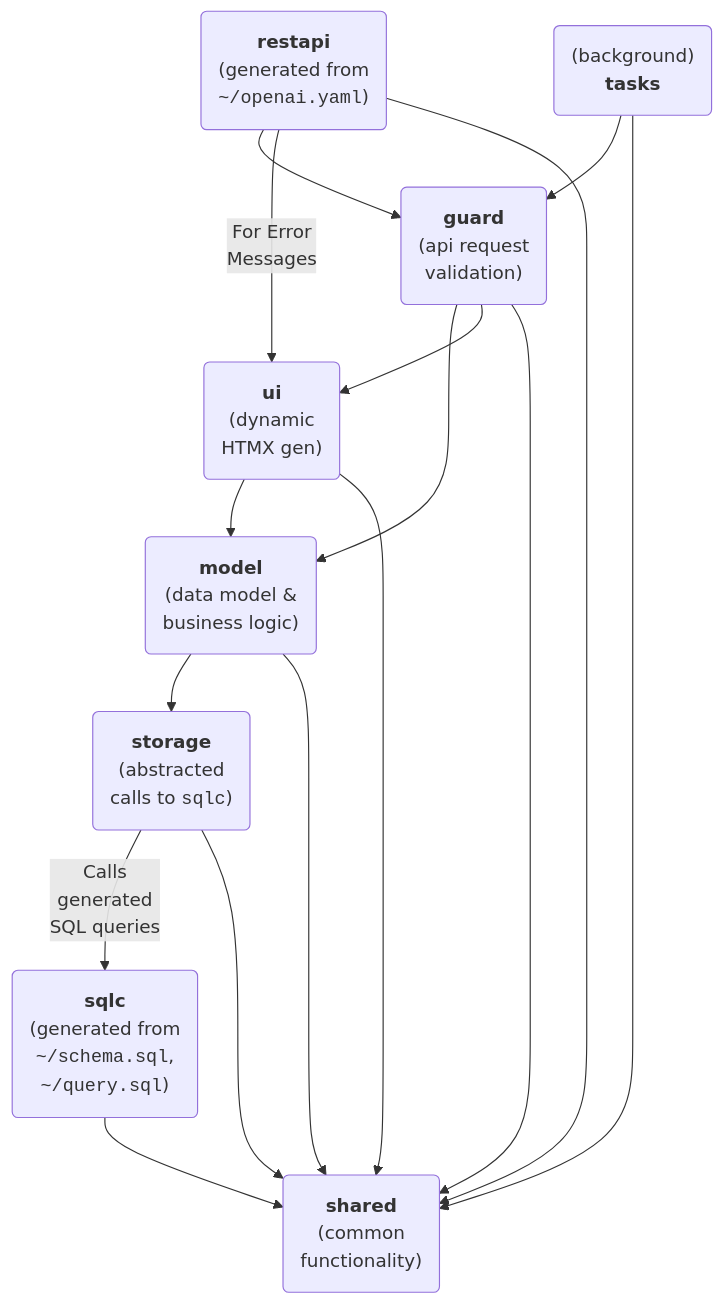
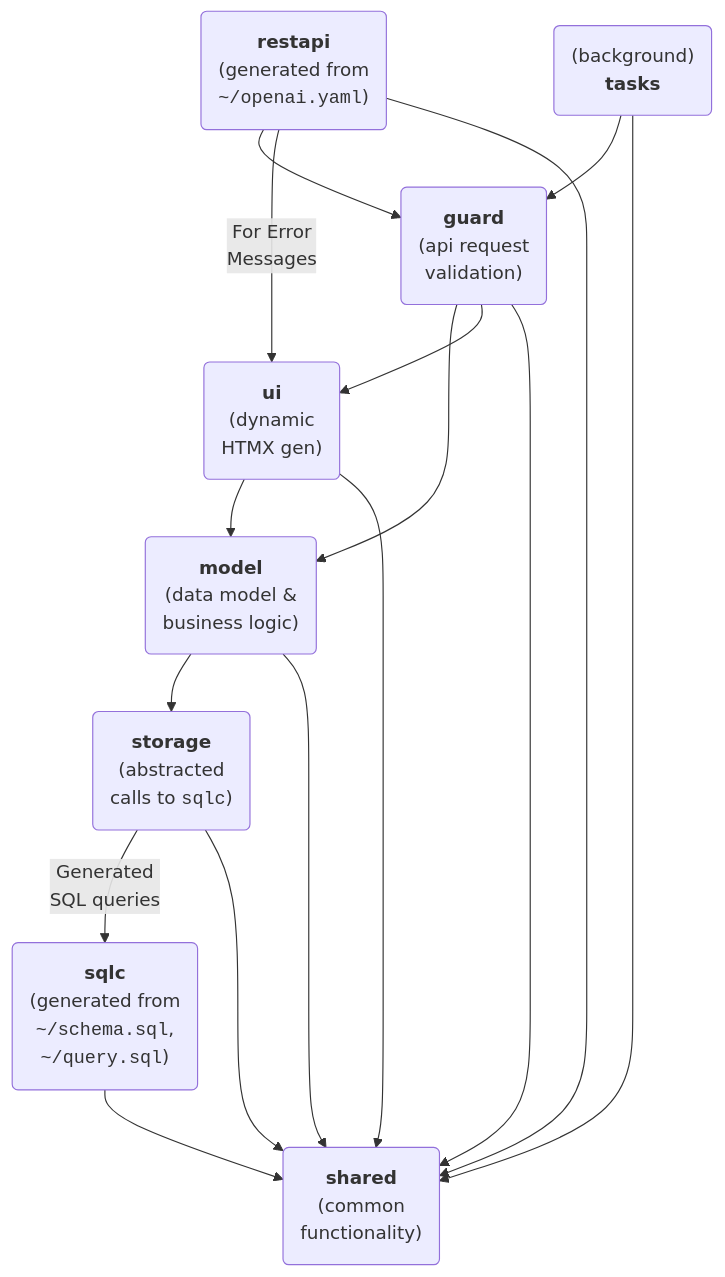
The diagram in daemon/ARCHITECTURE.md (mikeschinkel/savetabs), drawn with Mermaid before and after one commit.

Commit message:
Tiny wordsmith in `ARCHITECTURE.md`

````diff
--- a/daemon/ARCHITECTURE.md
+++ b/daemon/ARCHITECTURE.md
@@ -5,31 +5,31 @@
 ```mermaid
 flowchart TD
 
 %% Nodes
     RA("<strong>restapi</strong><br>(generated from<br><code>~/openai.yaml</code>)")
     GD("<strong>guard</strong><br>(api request<br>validation)")
     ML("<strong>model</strong><br>(data model & <br>business logic)")
     UI("<strong>ui</strong><br>(dynamic<br>HTMX gen)")
     ST("<strong>storage</strong><br>(abstracted<br>calls to <code>sqlc</code>)")
     SC("<strong>sqlc</strong><br>(generated from<br><code>~/schema.sql</code>,<br><code>~/query.sql</code>)")
     SH("<strong>shared</strong><br>(common<br>functionality)")
     TK("(background)<br><strong>tasks</strong>")
 
 %% Edge connections between nodes
     RA --> GD  
     RA -- For Error<br>Messages --> UI  
     GD --> ML 
     GD --> UI 
     UI --> ML 
     ML --> ST 
-    ST --  Calls<br>generated<br>SQL queries --> SC
+    ST --  Generated<br>SQL queries --> SC
     RA --> SH 
     UI --> SH 
     ST --> SH 
     GD --> SH 
     ML --> SH 
     SC --> SH
     TK --> GD 
     TK --> SH 
 
 ```
````
